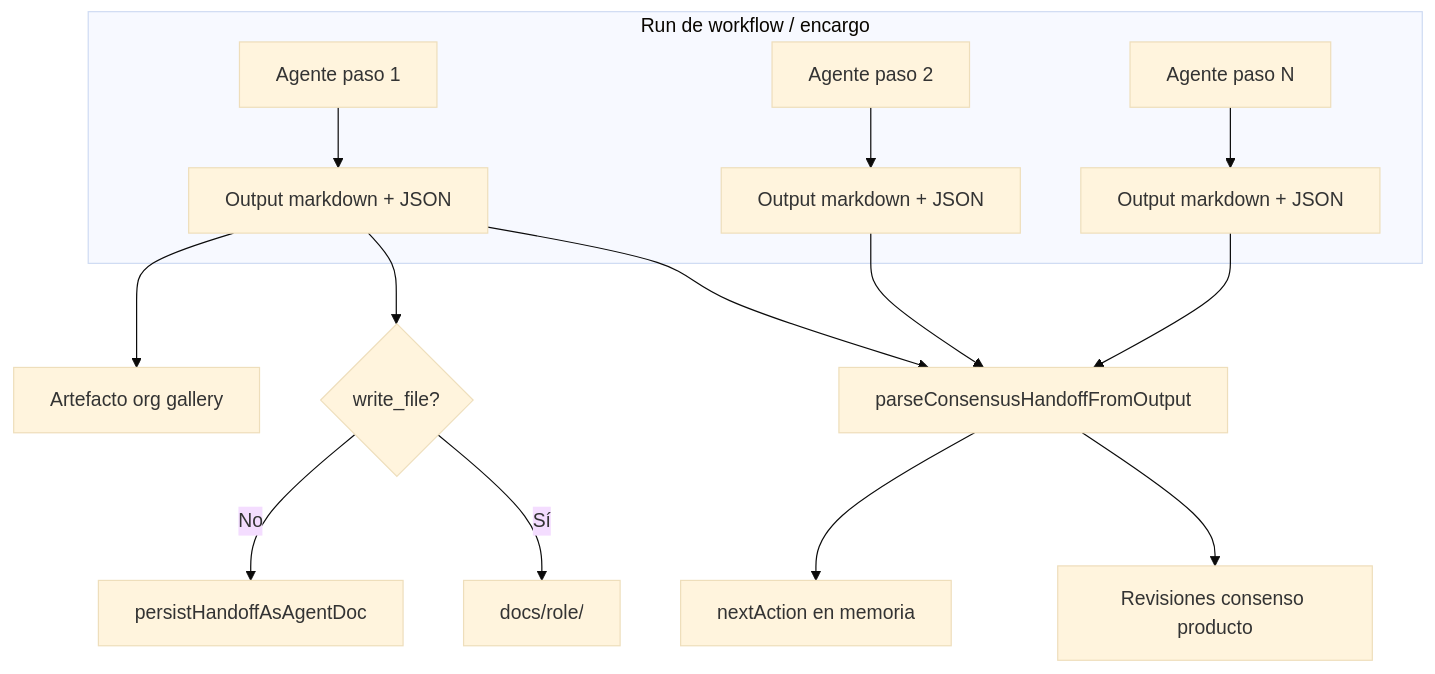
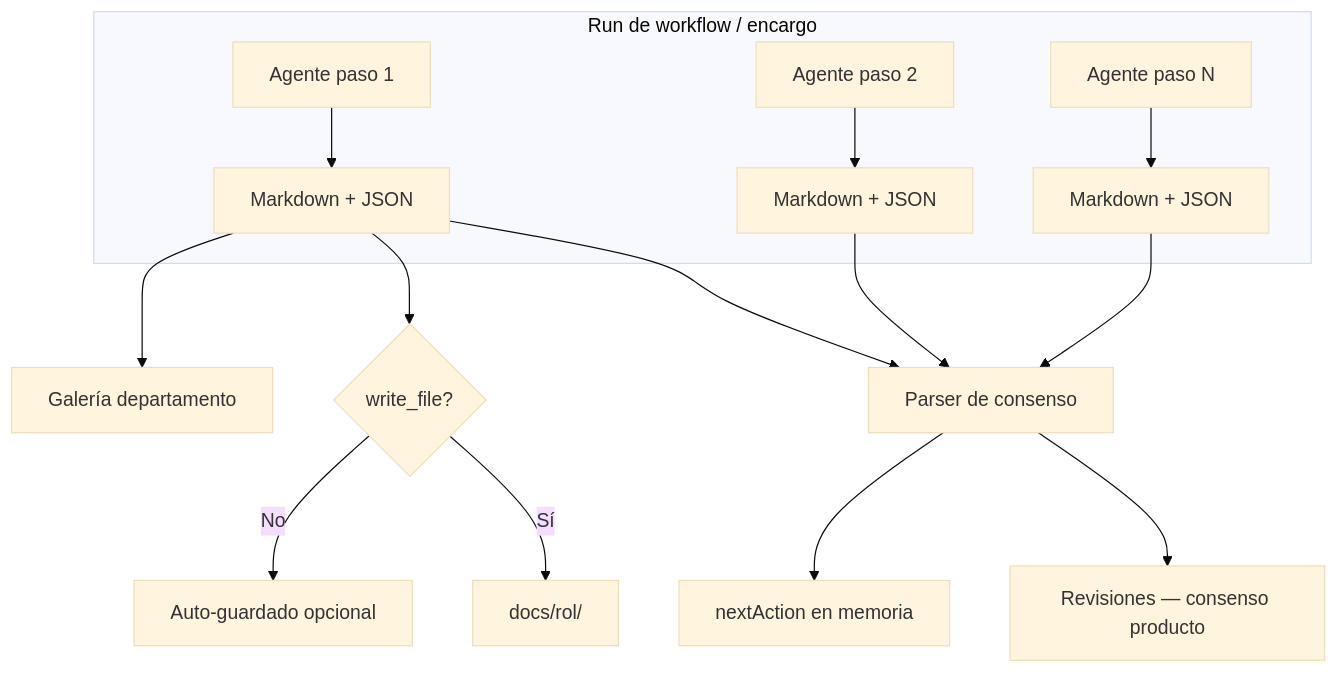
One commit to kreodevs/ia-company changed the first of 3 diagrams in frontend/src/content/help/handoffs.md. Above: the diagram before and after it, drawn with Mermaid (base theme). The commit also changed other lines of this file and 21 other files, not shown here.

````diff
--- a/frontend/src/content/help/handoffs.md
+++ b/frontend/src/content/help/handoffs.md
@@ -24,17 +24,17 @@
 ```mermaid
 flowchart TB
   subgraph run [Run de workflow / encargo]
-    A1[Agente paso 1] --> H1[Output markdown + JSON]
-    A2[Agente paso 2] --> H2[Output markdown + JSON]
-    A3[Agente paso N] --> H3[Output markdown + JSON]
+    A1[Agente paso 1] --> H1[Markdown + JSON]
+    A2[Agente paso 2] --> H2[Markdown + JSON]
+    A3[Agente paso N] --> H3[Markdown + JSON]
   end
-  H1 --> P[parseConsensusHandoffFromOutput]
+  H1 --> P[Parser de consenso]
   H2 --> P
   H3 --> P
-  P --> R[Revisiones consenso producto]
+  P --> R[Revisiones — consenso producto]
   P --> NA[nextAction en memoria]
   H1 --> W{write_file?}
-  W -->|Sí| D[docs/role/]
-  W -->|No| AP[persistHandoffAsAgentDoc]
-  H1 --> OA[Artefacto org gallery]
+  W -->|Sí| D[docs/rol/]
+  W -->|No| AP[Auto-guardado opcional]
+  H1 --> OA[Galería departamento]
 ```
````
